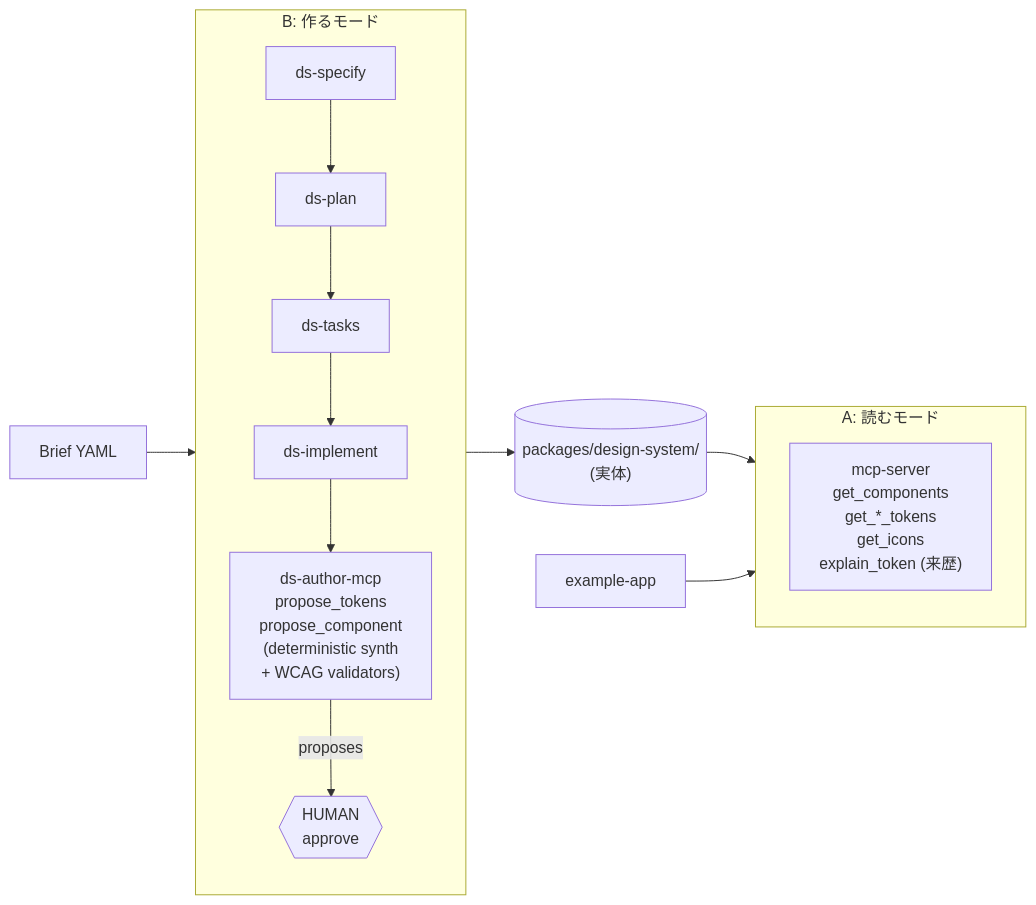
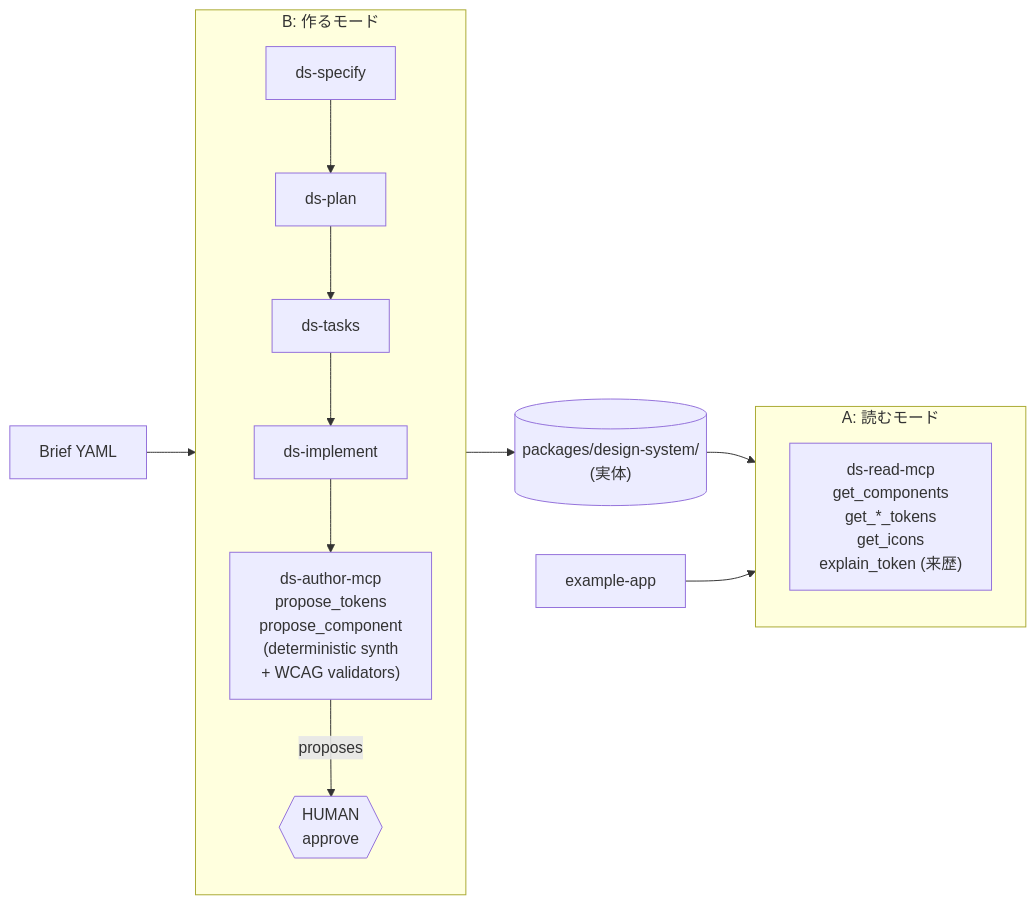
The diagram in README.md (ry0y4n/design-system-mcp-playground), drawn with Mermaid before and after one commit. The commit also changed other lines of this file and 18 other files, not shown here.

First line of the commit message:
refactor: rename mcp-server → ds-read-mcp for symmetric naming

````diff
--- a/README.md
+++ b/README.md
@@ -19,26 +19,26 @@
 ```mermaid
 flowchart LR
     Brief[Brief YAML]
     App[example-app]
 
     subgraph B["B: 作るモード"]
         direction TB
         Specify[ds-specify] --> Plan[ds-plan] --> Tasks[ds-tasks] --> Implement[ds-implement]
         Author["ds-author-mcp<br/>propose_tokens<br/>propose_component<br/>(deterministic synth<br/>+ WCAG validators)"]
         Approve{{"HUMAN<br/>approve"}}
         Implement --> Author
         Author -- proposes --> Approve
     end
 
     subgraph A["A: 読むモード"]
         direction TB
-        Reader["mcp-server<br/>get_components<br/>get_*_tokens<br/>get_icons<br/>explain_token (来歴)"]
+        Reader["ds-read-mcp<br/>get_components<br/>get_*_tokens<br/>get_icons<br/>explain_token (来歴)"]
     end
 
     DS[("packages/design-system/<br/>(実体)")]
 
     Brief --> Specify
     Approve --> DS
     DS --> Reader
     App --> Reader
 ```
````
